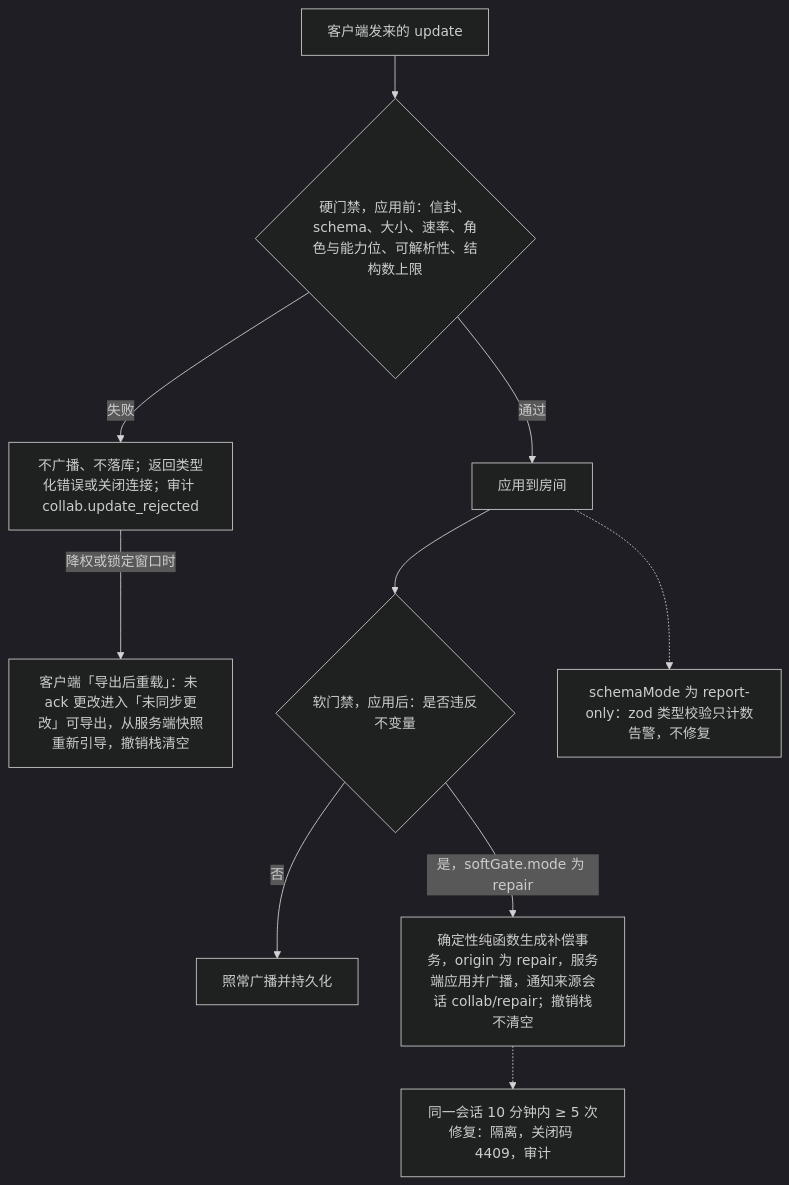
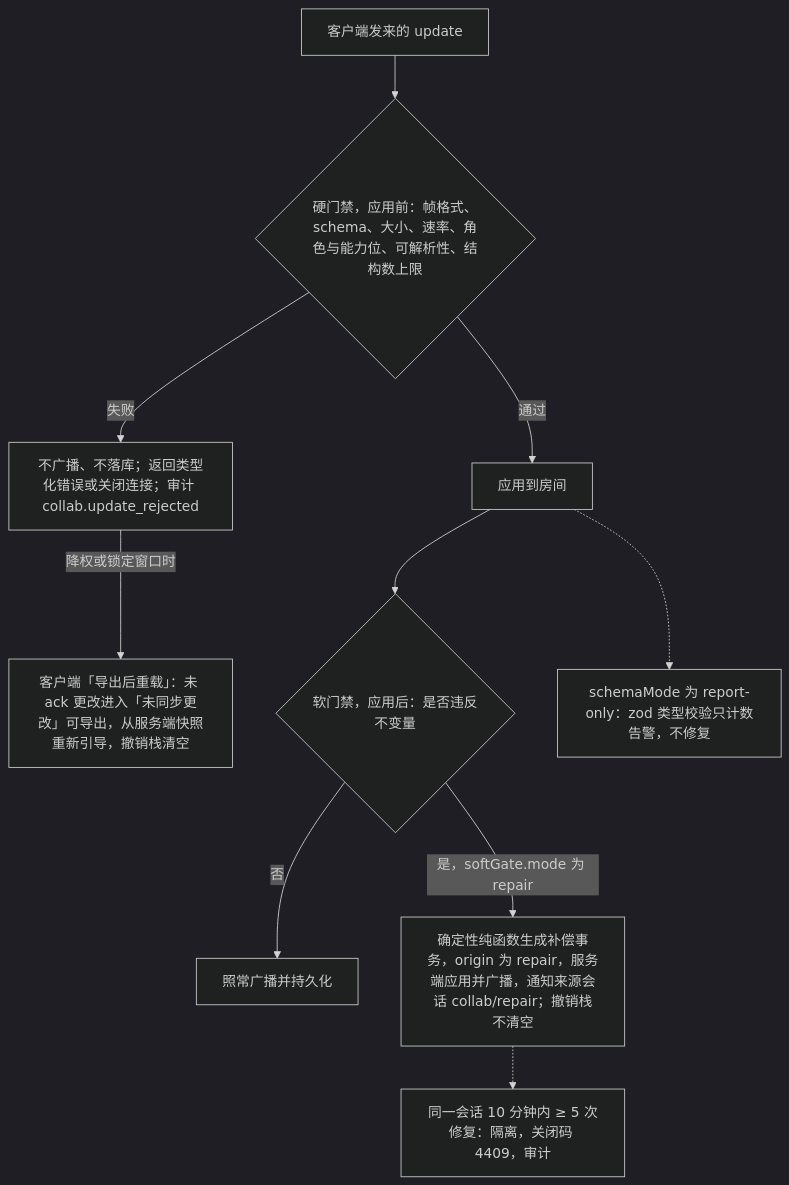
One commit to Xeonice/cordis-ppt-editor changed the ninth of 10 diagrams in docs/10-prd/03-features/03-collaboration.md. Above: the diagram before and after it, drawn with Mermaid (dark theme). The commit also changed other lines of this file and 78 other files, not shown here.

````diff
--- a/docs/10-prd/03-features/03-collaboration.md
+++ b/docs/10-prd/03-features/03-collaboration.md
@@ -398,21 +400,21 @@
 ```mermaid
 flowchart TB
   up["客户端发来的 update"]
-  hard{"硬门禁，应用前：信封、schema、大小、速率、角色与能力位、可解析性、结构数上限"}
+  hard{"硬门禁，应用前：帧格式、schema、大小、速率、角色与能力位、可解析性、结构数上限"}
   rej["不广播、不落库；返回类型化错误或关闭连接；审计 collab.update_rejected"]
   reload["客户端「导出后重载」：未 ack 更改进入「未同步更改」可导出，从服务端快照重新引导，撤销栈清空"]
   apply["应用到房间"]
   soft{"软门禁，应用后：是否违反不变量"}
   pass["照常广播并持久化"]
   repair["确定性纯函数生成补偿事务，origin 为 repair，服务端应用并广播，通知来源会话 collab/repair；撤销栈不清空"]
   iso["同一会话 10 分钟内 ≥ 5 次修复：隔离，关闭码 4409，审计"]
   report["schemaMode 为 report-only：zod 类型校验只计数告警，不修复"]
   up --> hard
   hard -->|"失败"| rej
   rej -->|"降权或锁定窗口时"| reload
   hard -->|"通过"| apply --> soft
   soft -->|"否"| pass
   soft -->|"是，softGate.mode 为 repair"| repair
   repair -.-> iso
   apply -.-> report
 ```
````
